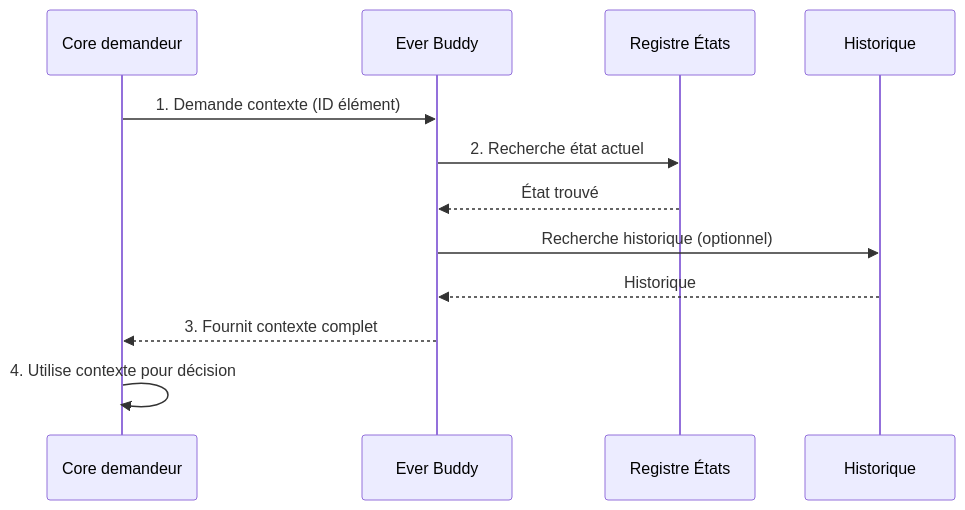
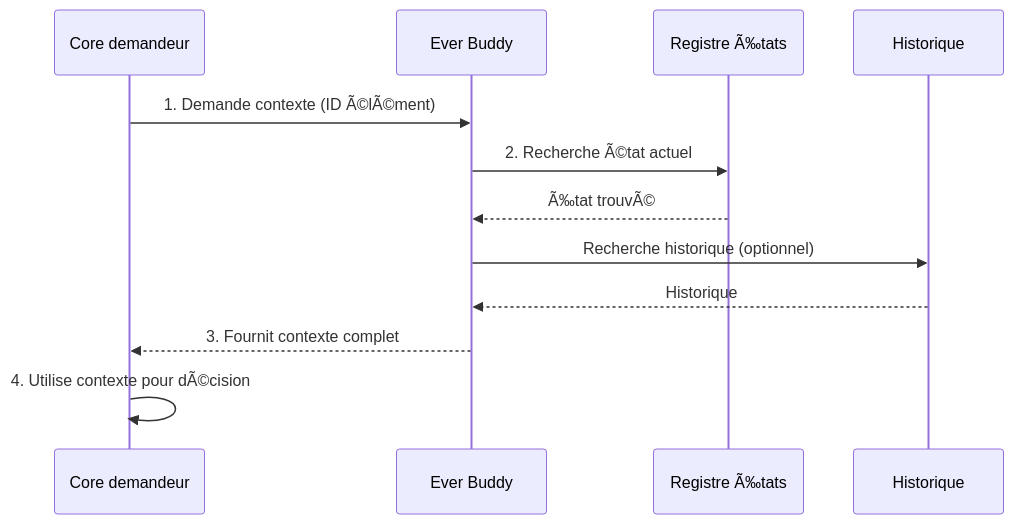
One commit to StudioMiyukini/miyukini_cog changed the third of 6 diagrams in docs/cores/EverBuddy/architecture/Ever Buddy - Evolution Flows.md. Above: the diagram before and after it, drawn with Mermaid. The commit also changed other lines of this file and 1287 other files, not shown here.

````diff
--- a/docs/cores/EverBuddy/architecture/Ever Buddy - Evolution Flows.md
+++ b/docs/cores/EverBuddy/architecture/Ever Buddy - Evolution Flows.md
@@ -228,15 +228,15 @@
 ```mermaid
 sequenceDiagram
     participant Core as Core demandeur
     participant EB as Ever Buddy
-    participant Reg as Registre États
+    participant Reg as Registre Ã‰tats
     participant His as Historique
 
-    Core->>EB: 1. Demande contexte (ID élément)
-    EB->>Reg: 2. Recherche état actuel
-    Reg-->>EB: État trouvé
+    Core->>EB: 1. Demande contexte (ID Ã©lÃ©ment)
+    EB->>Reg: 2. Recherche Ã©tat actuel
+    Reg-->>EB: Ã‰tat trouvÃ©
     EB->>His: Recherche historique (optionnel)
     His-->>EB: Historique
     EB-->>Core: 3. Fournit contexte complet
-    Core->>Core: 4. Utilise contexte pour décision
+    Core->>Core: 4. Utilise contexte pour dÃ©cision
 ```
````
